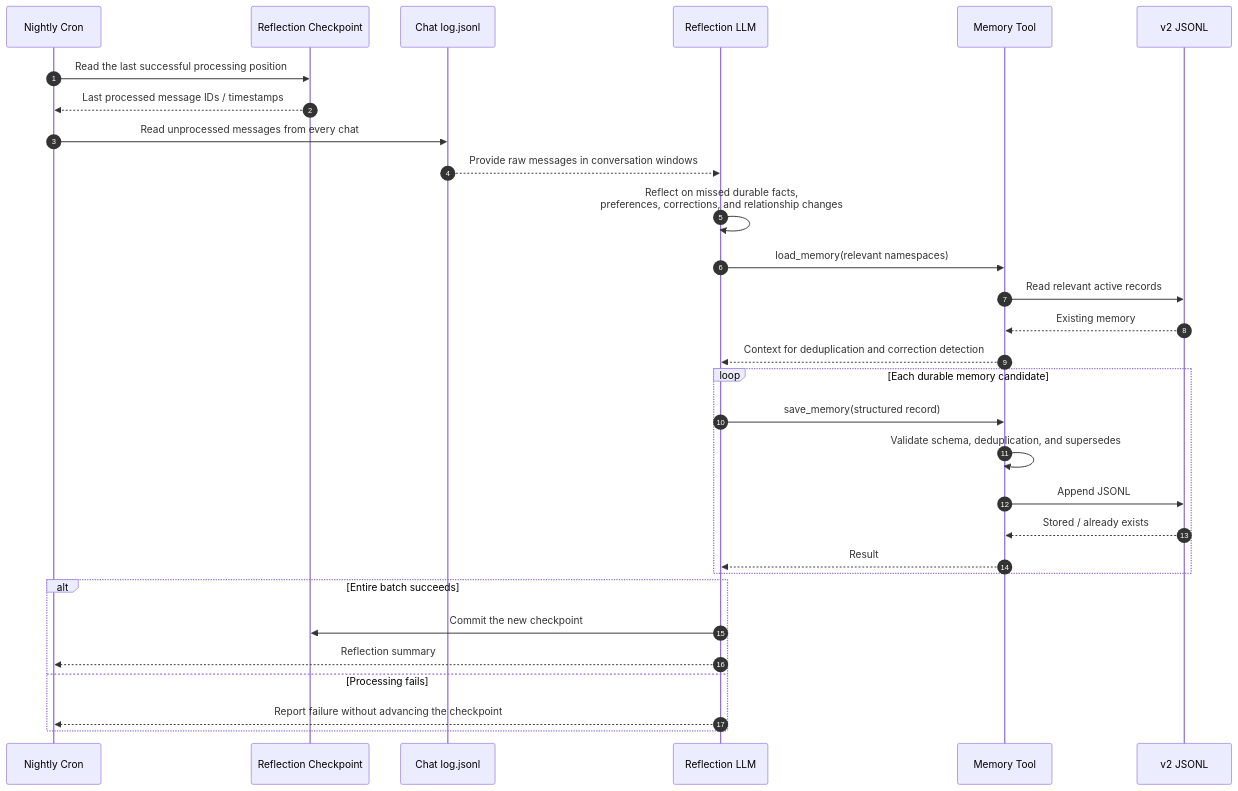
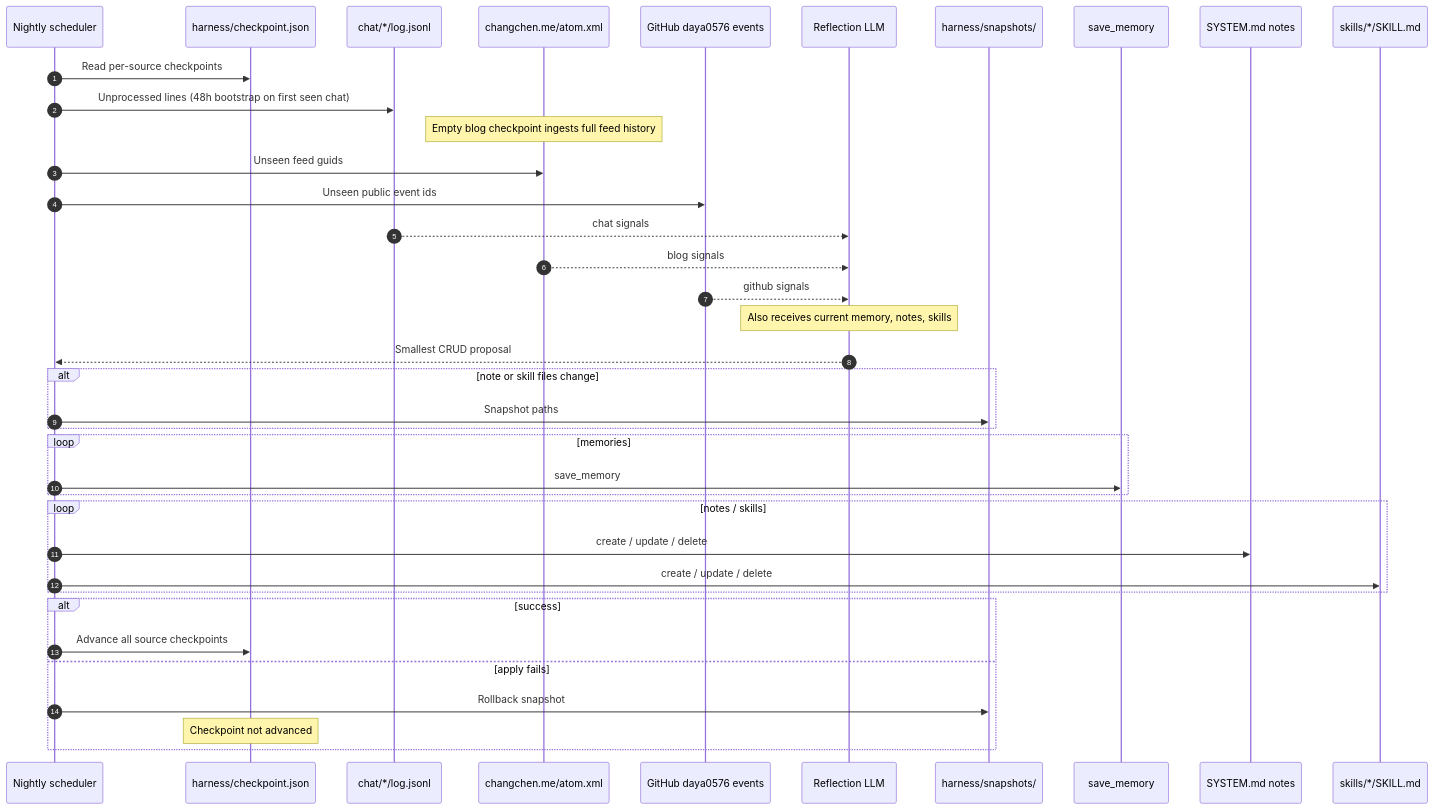
One commit to daya0576/pi-imessage changed the fourth of 4 diagrams in docs/structured-memory-sequence.md. Above: the diagram before and after it, drawn with Mermaid. The commit also changed other lines of this file and 18 other files, not shown here.

First line of the commit message:
feat: nightly reflection over chat, blog, and GitHub

````diff
--- a/docs/structured-memory-sequence.md
+++ b/docs/structured-memory-sequence.md
@@ -112,36 +112,45 @@
 ```mermaid
 sequenceDiagram
     autonumber
-    participant C as Nightly Cron
-    participant K as Reflection Checkpoint
-    participant G as Chat log.jsonl
+    participant C as Nightly scheduler
+    participant K as harness/checkpoint.json
+    participant Chat as chat/*/log.jsonl
+    participant Blog as changchen.me/atom.xml
+    participant GH as GitHub daya0576 events
     participant R as Reflection LLM
-    participant M as Memory Tool
-    participant S as v2 JSONL
+    participant H as harness/snapshots/
+    participant M as save_memory
+    participant N as SYSTEM.md notes
+    participant S as skills/*/SKILL.md
 
-    C->>K: Read the last successful processing position
-    K-->>C: Last processed message IDs / timestamps
-    C->>G: Read unprocessed messages from every chat
-    G-->>R: Provide raw messages in conversation windows
+    C->>K: Read per-source checkpoints
+    C->>Chat: Unprocessed lines (48h bootstrap on first seen chat)
+    Note over Blog: Empty blog checkpoint ingests full feed history
+    C->>Blog: Unseen feed guids
+    C->>GH: Unseen public event ids
+    Chat-->>R: chat signals
+    Blog-->>R: blog signals
+    GH-->>R: github signals
+    Note over R: Also receives current memory, notes, skills
 
-    R->>R: Reflect on missed durable facts,<br/>preferences, corrections, and relationship changes
-    R->>M: load_memory(relevant namespaces)
-    M->>S: Read relevant active records
-    S-->>M: Existing memory
-    M-->>R: Context for deduplication and correction detection
+    R-->>C: Smallest CRUD proposal
 
-    loop Each durable memory candidate
-        R->>M: save_memory(structured record)
-        M->>M: Validate schema, deduplication, and supersedes
-        M->>S: Append JSONL
-        S-->>M: Stored / already exists
-        M-->>R: Result
+    alt note or skill files change
+        C->>H: Snapshot paths
     end
 
-    alt Entire batch succeeds
-        R->>K: Commit the new checkpoint
-        R-->>C: Reflection summary
-    else Processing fails
-        R-->>C: Report failure without advancing the checkpoint
+    loop memories
+        C->>M: save_memory
+    end
+    loop notes / skills
+        C->>N: create / update / delete
+        C->>S: create / update / delete
+    end
+
+    alt success
+        C->>K: Advance all source checkpoints
+    else apply fails
+        C->>H: Rollback snapshot
+        Note over K: Checkpoint not advanced
     end
 ```
````
